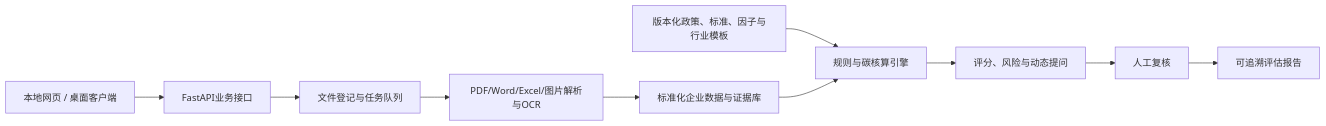
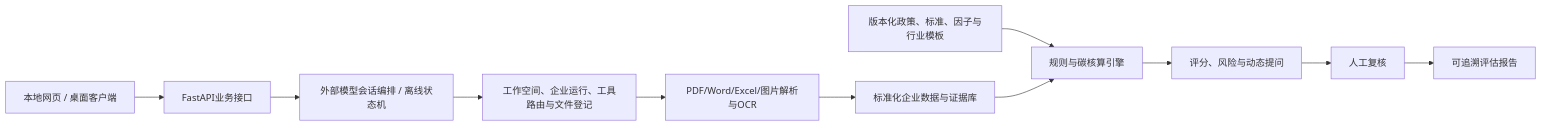
The diagram in docs/PROJECT_CONTEXT.md (RuoLing0802/transition-finance-assessment), drawn with Mermaid before and after one commit. The commit also changed other lines of this file and 49 other files, not shown here.

````diff
--- a/docs/PROJECT_CONTEXT.md
+++ b/docs/PROJECT_CONTEXT.md
@@ -87,12 +87,13 @@
 ```mermaid
 flowchart LR
     A["本地网页 / 桌面客户端"] --> B["FastAPI业务接口"]
-    B --> C["文件登记与任务队列"]
+    B --> O["外部模型会话编排 / 离线状态机"]
+    O --> C["工作空间、企业运行、工具路由与文件登记"]
     C --> D["PDF/Word/Excel/图片解析与OCR"]
     D --> E["标准化企业数据与证据库"]
     F["版本化政策、标准、因子与行业模板"] --> G["规则与碳核算引擎"]
     E --> G
     G --> H["评分、风险与动态提问"]
     H --> I["人工复核"]
     I --> J["可追溯评估报告"]
 ```
````
